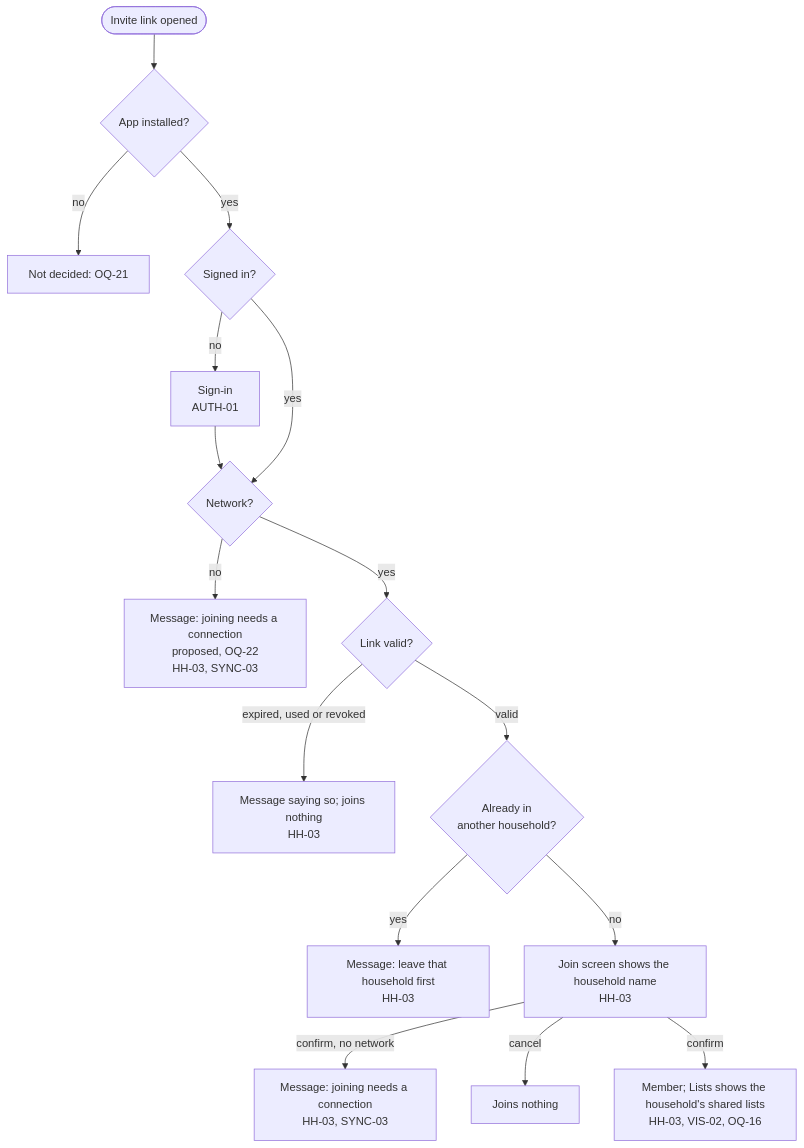
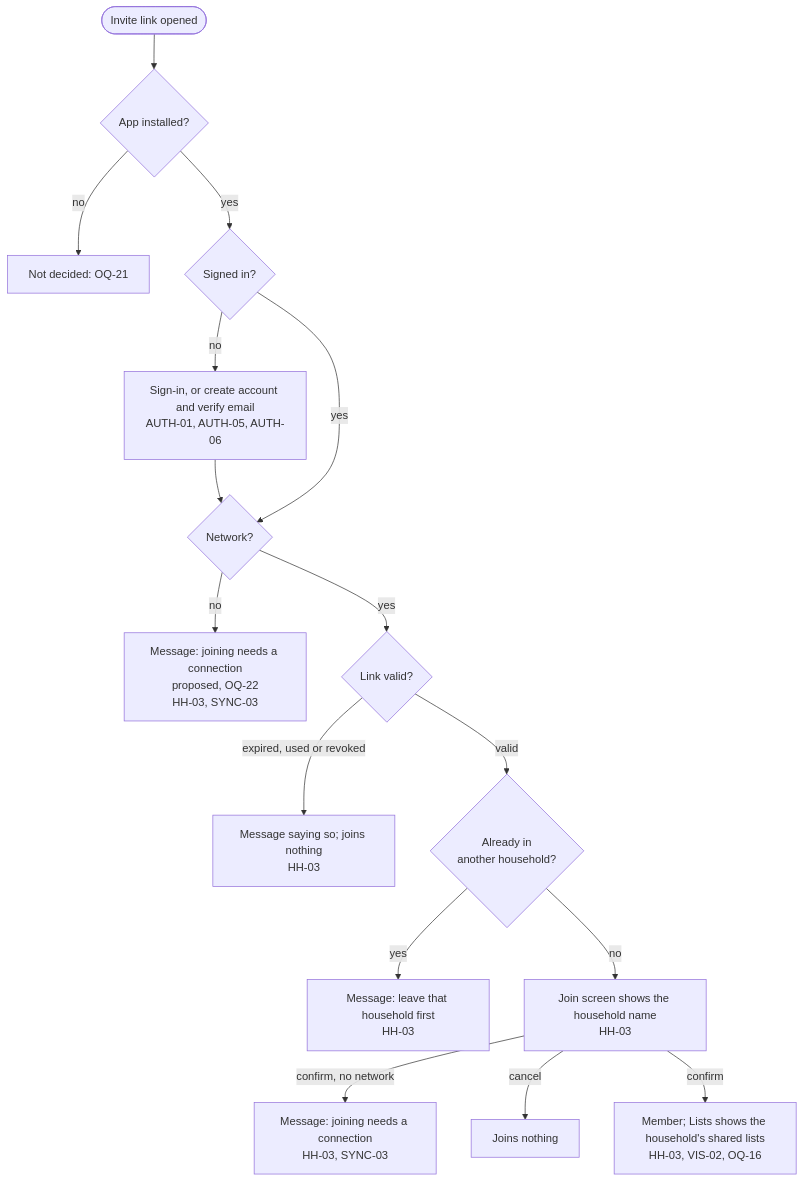
One commit to bondo/listicles2 changed the fifth of 11 diagrams in docs/product/flow.md. Above: the diagram before and after it, drawn with Mermaid. The commit also changed other lines of this file and 1 other file, not shown here.

First line of the commit message:
docs(product): add email and password sign-in stories (AUTH-05..10)

````diff
--- a/docs/product/flow.md
+++ b/docs/product/flow.md
@@ -105,17 +137,17 @@
 ```mermaid
 flowchart TD
     tap(["Invite link opened"]) --> installed{"App installed?"}
     installed -- "no" --> store["Not decided: OQ-21"]
     installed -- "yes" --> auth{"Signed in?"}
-    auth -- "no" --> si["Sign-in<br>AUTH-01"] --> net
+    auth -- "no" --> si["Sign-in, or create account and verify email<br>AUTH-01, AUTH-05, AUTH-06"] --> net
     auth -- "yes" --> net{"Network?"}
     net -- "no" --> onet["Message: joining needs a connection<br>proposed, OQ-22<br>HH-03, SYNC-03"]
     net -- "yes" --> check{"Link valid?"}
     check -- "expired, used or revoked" --> bad["Message saying so; joins nothing<br>HH-03"]
     check -- "valid" --> other{"Already in<br>another household?"}
     other -- "yes" --> leavefirst["Message: leave that household first<br>HH-03"]
     other -- "no" --> joinscr["Join screen shows the household name<br>HH-03"]
     joinscr -- "confirm, no network" --> jnet["Message: joining needs a connection<br>HH-03, SYNC-03"]
     joinscr -- "cancel" --> nojoin["Joins nothing"]
     joinscr -- "confirm" --> member["Member; Lists shows the household's shared lists<br>HH-03, VIS-02, OQ-16"]
 ```
````
